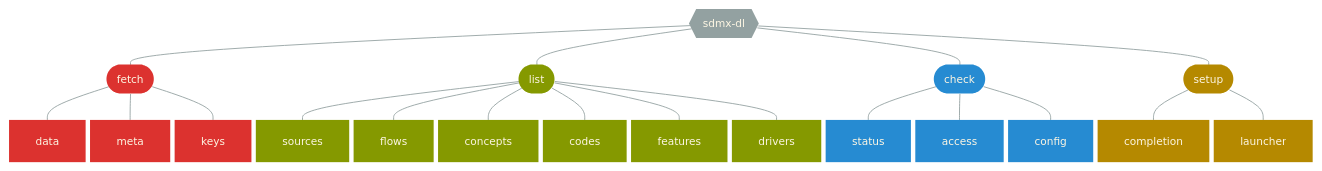
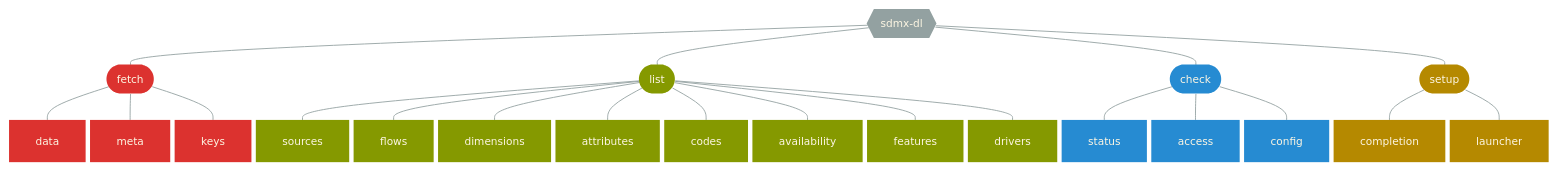
One commit to nbbrd/sdmx-dl changed the diagram in docs/content/cli/usage.md. Above: the diagram before and after it, drawn with Mermaid. The commit also changed other lines of this file and 2 other files, not shown here.

```diff
--- a/docs/content/cli/usage.md
+++ b/docs/content/cli/usage.md
@@ -23,43 +23,45 @@
 {{< mermaid class="text-center" >}}
 %%{init:{'themeVariables': {'textColor': '#fdf6e3', 'fontSize': '12px'},'flowchart':{'nodeSpacing': 5, 'rankSpacing': 30}}}%%
 flowchart TB
     r{{sdmx-dl}}
     r --- f([fetch]) --- data & meta & keys
-    r --- l([list]) --- sources & flows & concepts & codes & features & drivers
+    r --- l([list]) --- sources & flows & dimensions & attributes & codes & availability & features & drivers
     r --- c([check]) --- status & access & config
     r --- s([setup]) --- completion & launcher
 
     classDef default fill:#93a1a1,stroke-width:0px 
     linkStyle default stroke:#93a1a1
  
     classDef fx fill:#dc322f
     class f,data,meta,keys fx;
     click f "#fetch" "fetch command"
     click data "#fetch-data" "fetch data command"
     click meta "#fetch-meta" "fetch meta command"
     click keys "#fetch-keys" "fetch keys command"
    
     classDef lx fill:#859900
-    class l,sources,flows,concepts,codes,features,drivers lx;
+    class l,sources,flows,dimensions,attributes,codes,availability,features,drivers lx;
     click l "#list" "list command"
     click sources "#list-sources" "list sources command"
     click flows "#list-flows" "list flows command"
-    click concepts "#list-concepts" "list concepts command"
+    click dimensions "#list-dimensions" "list dimensions command"
+    click attributes "#list-attributes" "list attributes command"
     click codes "#list-codes" "list codes command"
+    click availability "#list-availability" "list availability command"
     click features "#list-features" "list features command"
     click drivers "#list-drivers" "list drivers command"
    
     classDef cx fill:#268bd2
     class c,status,access,config cx;
     click c "#check" "check command"
     click status "#check-status" "check status command"
     click access "#check-access" "check access command"
     click config "#check-config" "check config command"
     
     classDef sx fill:#b58900
     class s,completion,launcher sx;
     click s "#setup" "setup command"
     click completion "#setup-completion" "setup completion command"
     click launcher "#setup-launcher" "setup launcher command"
 
 {{< /mermaid >}}
```
